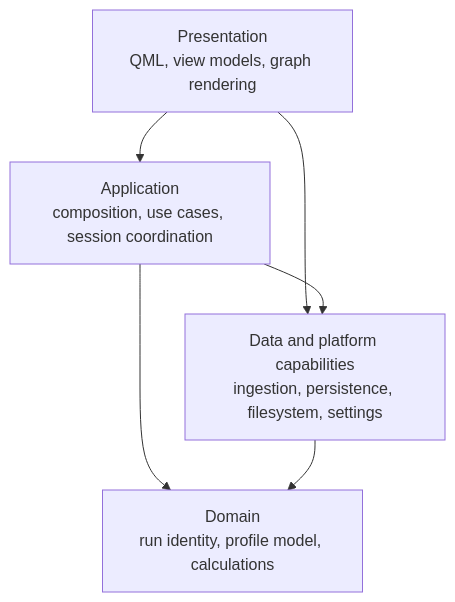
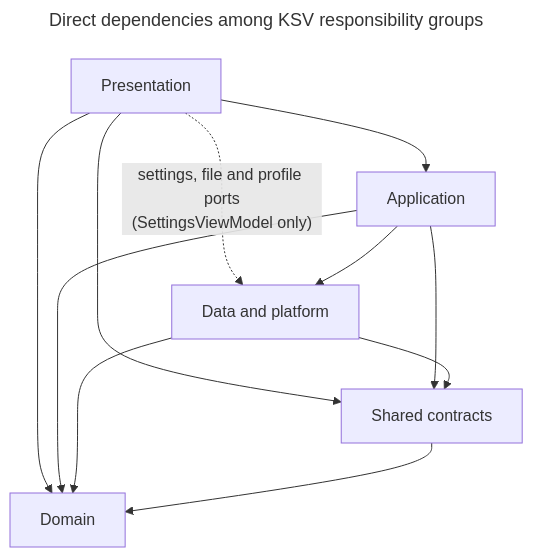
Before and after one commit to Leckatall/KovaaksStatisticsViewer: the second of 2 diagrams in docs/architecture/README.md, drawn with Mermaid. The commit also changed other lines of this file and 16 other files, not shown here.

Commit message:
docs: rebuild the architecture description from v1.0.0

````diff
--- a/docs/architecture/README.md
+++ b/docs/architecture/README.md
@@ -64,15 +59,24 @@
 ```mermaid
+---
+title: Direct dependencies among KSV responsibility groups
+---
 flowchart TB
-    accTitle: KSV top-level responsibility dependencies
-    accDescr: Presentation uses application behavior and data-service ports; application and data capabilities use the domain model.
-    Presentation["Presentation<br/>QML, view models, graph rendering"]
-    Application["Application<br/>composition, use cases, session coordination"]
-    Data["Data and platform capabilities<br/>ingestion, persistence, filesystem, settings"]
-    Domain["Domain<br/>run identity, profile model, calculations"]
+    accTitle: Direct dependencies among KSV responsibility groups
+    accDescr: Presentation uses Application, which uses Data and platform. Presentation, Application and Data and platform also use Shared contracts and Domain; Shared contracts uses Domain. SettingsViewModel additionally uses data-layer ports directly.
+    Presentation["Presentation"]
+    Application["Application"]
+    Data["Data and platform"]
+    Contracts["Shared contracts"]
+    Domain["Domain"]
 
     Presentation --> Application
-    Presentation --> Data
+    Presentation -.->|"settings, file and profile ports<br/>(SettingsViewModel only)"| Data
     Application --> Data
+    Presentation --> Contracts
+    Presentation --> Domain
+    Application --> Contracts
+    Data --> Contracts
     Application --> Domain
     Data --> Domain
+    Contracts --> Domain
 ```
````
